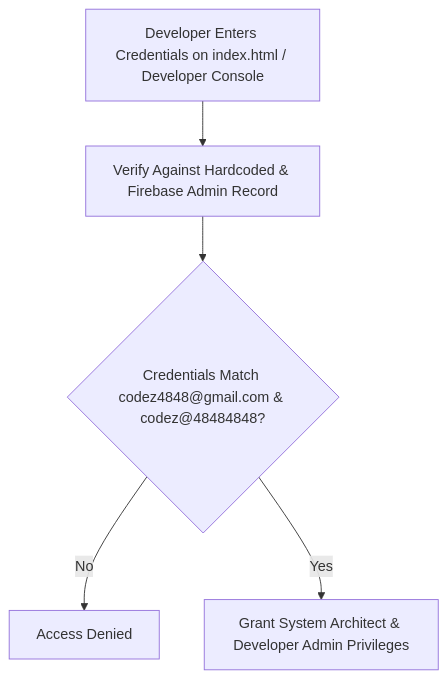
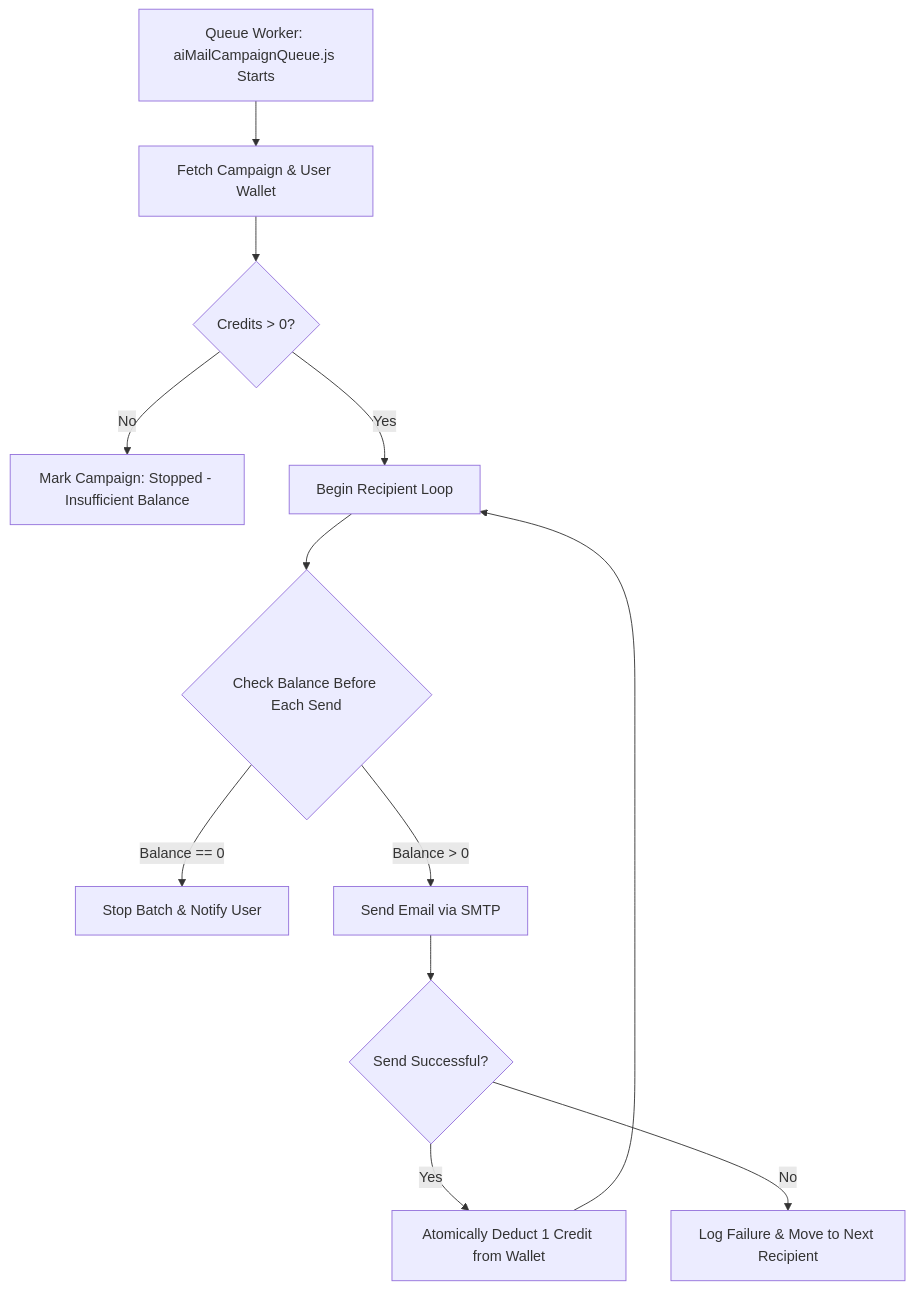
One commit to Suriya663/codez48-web-automation changed the diagram in .artifacts/074f8ead-9721-4f77-87d0-951ebe4b1d7d/implementation_plan.artifact.md. Above: the diagram before and after it, drawn with Mermaid. The commit also changed other lines of this file and 9 other files, not shown here.

````diff
--- a/.artifacts/074f8ead-9721-4f77-87d0-951ebe4b1d7d/implementation_plan.artifact.md
+++ b/.artifacts/074f8ead-9721-4f77-87d0-951ebe4b1d7d/implementation_plan.artifact.md
@@ -7,9 +7,19 @@
 ```mermaid
 flowchart TD
-    A[Developer Enters Credentials on index.html / Developer Console] --> B[Verify Against Hardcoded & Firebase Admin Record]
+    A[Queue Worker: aiMailCampaignQueue.js Starts] --> B[Fetch Campaign & User Wallet]
 
-    B --> C{Credentials Match codez4848@gmail.com & codez@48484848?}
+    B --> C{Credits > 0?}
 
-    C -->|No| D[Access Denied]
-    C -->|Yes| E[Grant System Architect & Developer Admin Privileges]
+    C -->|No| D[Mark Campaign: Stopped - Insufficient Balance]
+    C -->|Yes| E[Begin Recipient Loop]
+
+    E --> F{Check Balance Before Each Send}
+    F -->|Balance == 0| G[Stop Batch & Notify User]
+    F -->|Balance > 0| H[Send Email via SMTP]
+
+    H --> I{Send Successful?}
+    I -->|Yes| J[Atomically Deduct 1 Credit from Wallet]
+    I -->|No| K[Log Failure & Move to Next Recipient]
+
+    J --> E
 ```
````
